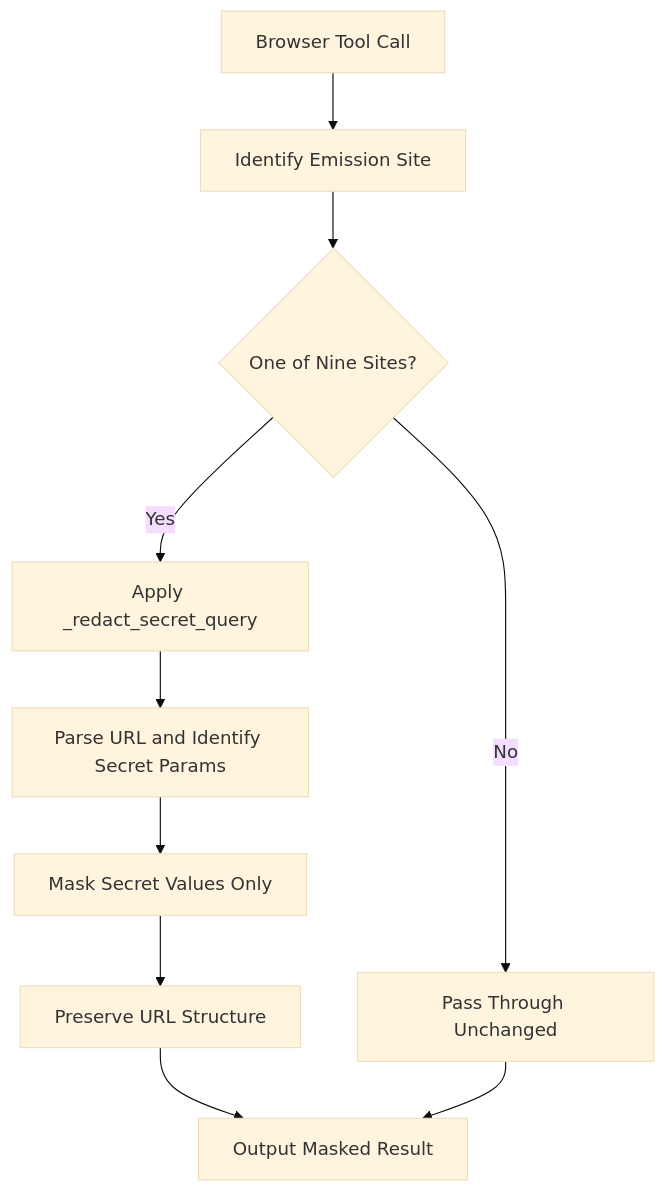
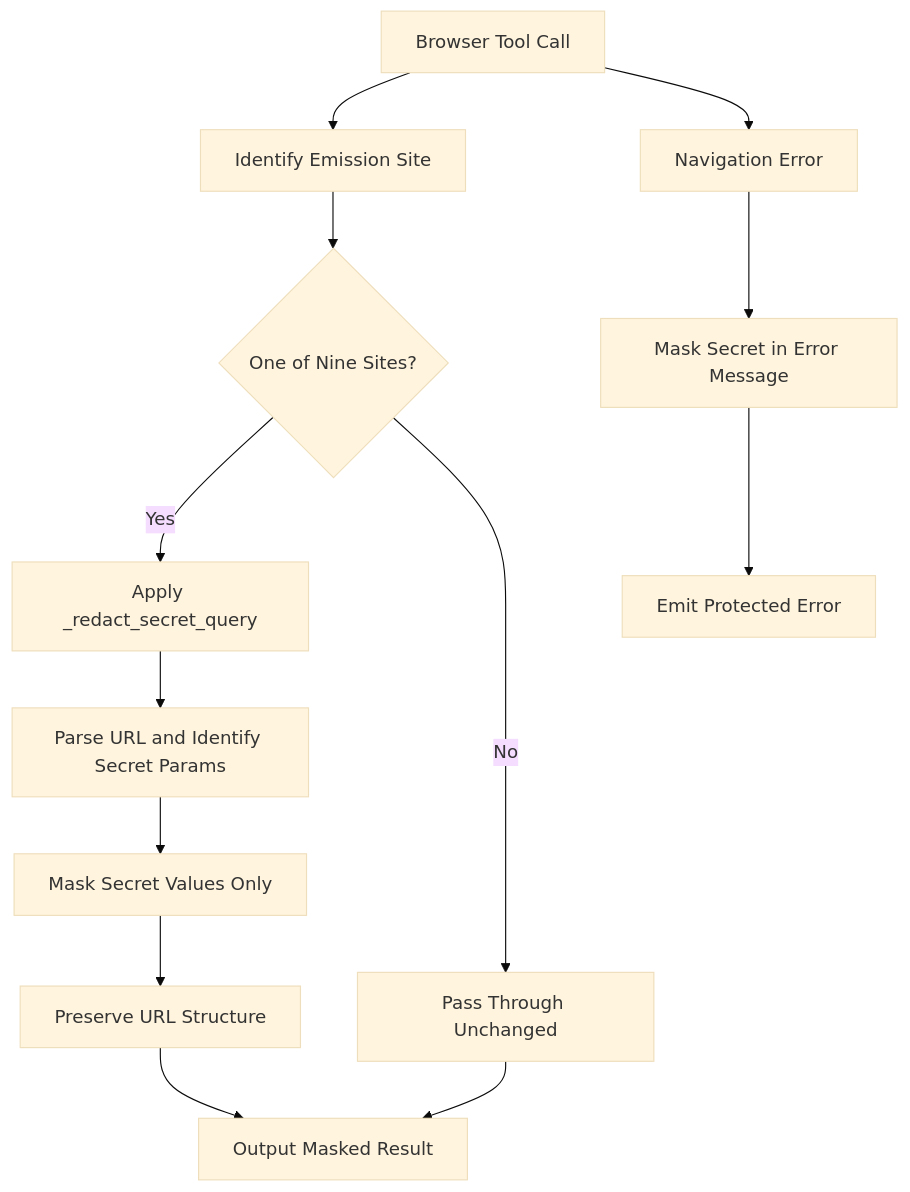
One commit to metasync/luban-aiops changed diagram 13 of 15 in .qoder/repowiki/en/content/Security Guide/Security Guide.md. Above: the diagram before and after it, drawn with Mermaid (base theme). The commit also changed other lines of this file and 21 other files, not shown here.

````diff
--- a/.qoder/repowiki/en/content/Security Guide/Security Guide.md
+++ b/.qoder/repowiki/en/content/Security Guide/Security Guide.md
@@ -756,12 +784,15 @@
 ```mermaid
 flowchart TD
 BrowserInteraction["Browser Tool Call"] --> IdentifySite["Identify Emission Site"]
 IdentifySite --> NineSites{"One of Nine Sites?"}
 NineSites --> |Yes| ApplyRedaction["Apply _redact_secret_query"]
 NineSites --> |No| PassThrough["Pass Through Unchanged"]
 ApplyRedaction --> ParseURL["Parse URL and Identify Secret Params"]
 ParseURL --> MaskValues["Mask Secret Values Only"]
 MaskValues --> PreserveStructure["Preserve URL Structure"]
 PreserveStructure --> OutputResult["Output Masked Result"]
 PassThrough --> OutputResult
+BrowserInteraction --> NavigationError["Navigation Error"]
+NavigationError --> MaskErrorMessage["Mask Secret in Error Message"]
+MaskErrorMessage --> EmitProtected["Emit Protected Error"]
 ```
````
